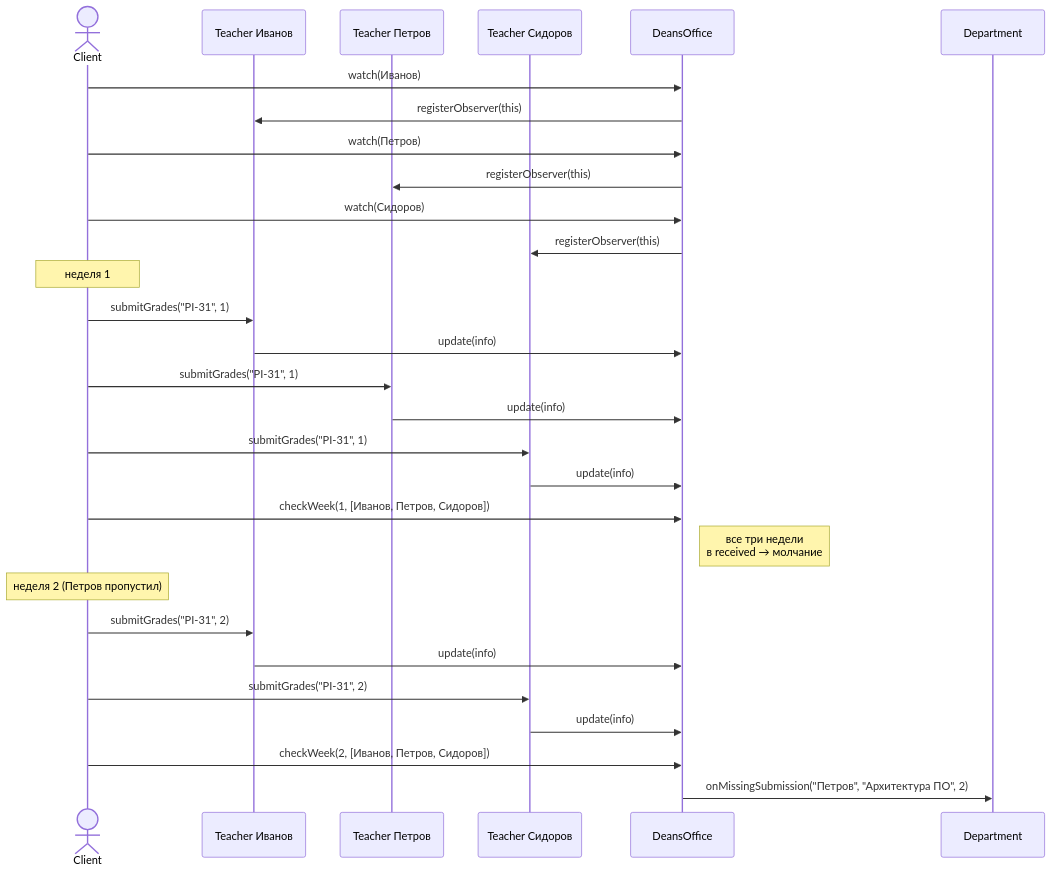
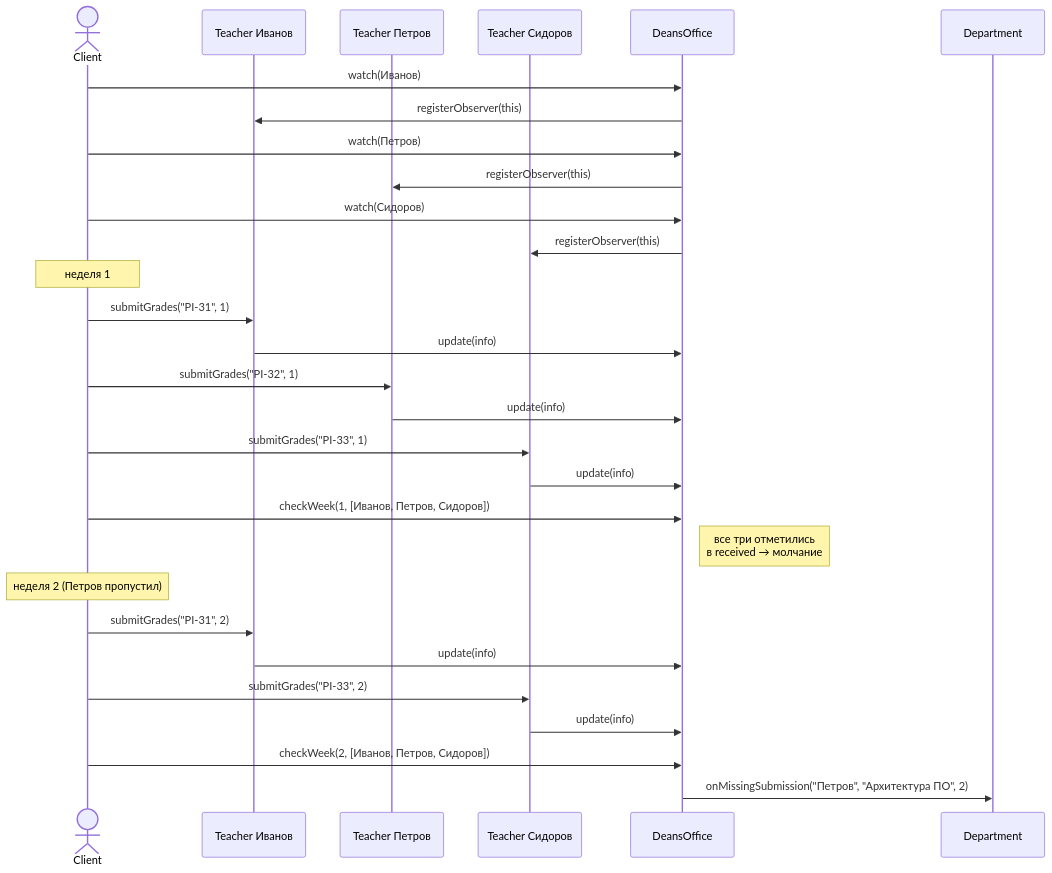
One commit to ivan-aleschin/uni changed the second of 2 diagrams in software-architecture/lab-6/README.md. Above: the diagram before and after it, drawn with Mermaid. The commit also changed other lines of this file and 3 other files, not shown here.

Commit message:
feat: tables for uml diagrams

````diff
--- a/software-architecture/lab-6/README.md
+++ b/software-architecture/lab-6/README.md
@@ -108,34 +111,34 @@
 ```mermaid
 sequenceDiagram
     actor Main as Client
     participant T1 as Teacher Иванов
     participant T2 as Teacher Петров
     participant T3 as Teacher Сидоров
     participant D as DeansOffice
     participant Dept as Department
 
     Main->>D: watch(Иванов)
     D->>T1: registerObserver(this)
     Main->>D: watch(Петров)
     D->>T2: registerObserver(this)
     Main->>D: watch(Сидоров)
     D->>T3: registerObserver(this)
 
     Note over Main: неделя 1
     Main->>T1: submitGrades("PI-31", 1)
     T1->>D: update(info)
-    Main->>T2: submitGrades("PI-31", 1)
+    Main->>T2: submitGrades("PI-32", 1)
     T2->>D: update(info)
-    Main->>T3: submitGrades("PI-31", 1)
+    Main->>T3: submitGrades("PI-33", 1)
     T3->>D: update(info)
     Main->>D: checkWeek(1, [Иванов, Петров, Сидоров])
-    Note right of D: все три недели<br/>в received → молчание
+    Note right of D: все три отметились<br/>в received → молчание
 
     Note over Main: неделя 2 (Петров пропустил)
     Main->>T1: submitGrades("PI-31", 2)
     T1->>D: update(info)
-    Main->>T3: submitGrades("PI-31", 2)
+    Main->>T3: submitGrades("PI-33", 2)
     T3->>D: update(info)
     Main->>D: checkWeek(2, [Иванов, Петров, Сидоров])
     D->>Dept: onMissingSubmission("Петров", "Архитектура ПО", 2)
 ```
````
